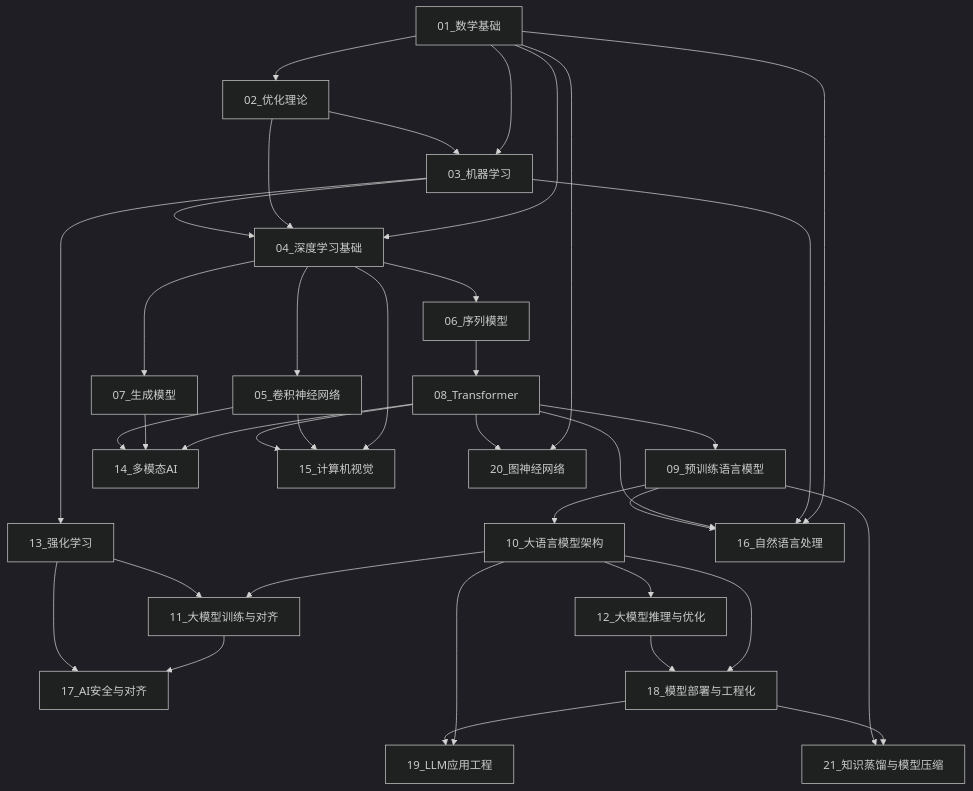
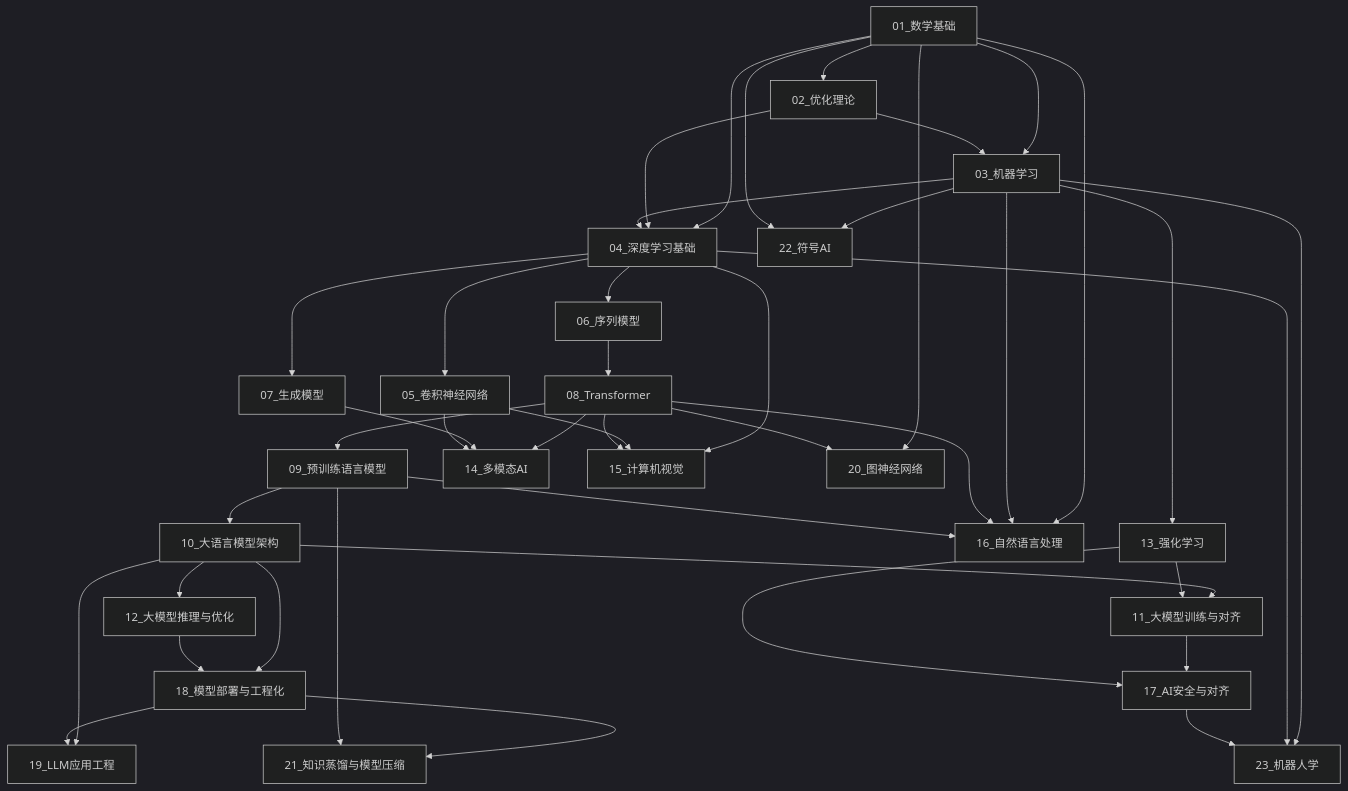
One commit to nzyaltair/AI_Study_Notes changed the diagram in 00_总览与导航/00_AI学习笔记总索引.md. Above: the diagram before and after it, drawn with Mermaid (dark theme). The commit also changed other lines of this file and 26 other files, not shown here.

````diff
--- a/00_总览与导航/00_AI学习笔记总索引.md
+++ b/00_总览与导航/00_AI学习笔记总索引.md
@@ -53,39 +65,44 @@
 ```mermaid
 graph TD
     MATH[01_数学基础] --> OPT[02_优化理论]
     MATH --> ML[03_机器学习]
     MATH --> DL[04_深度学习基础]
     OPT --> ML
     OPT --> DL
     ML --> DL
     DL --> CNN[05_卷积神经网络]
     DL --> SEQ[06_序列模型]
     DL --> GEN[07_生成模型]
     SEQ --> TRANS[08_Transformer]
     TRANS --> PLM[09_预训练语言模型]
     PLM --> LLM[10_大语言模型架构]
     LLM --> TRAIN[11_大模型训练与对齐]
     LLM --> INFER[12_大模型推理与优化]
     ML --> RL[13_强化学习]
     RL --> TRAIN
     TRANS --> MULTI[14_多模态AI]
     GEN --> MULTI
     CNN --> MULTI
     DL --> CV[15_计算机视觉]
     CNN --> CV
     TRANS --> CV
     MATH --> NLP[16_自然语言处理]
     ML --> NLP
     TRANS --> NLP
     PLM --> NLP
     TRAIN --> SAFE[17_AI安全与对齐]
     RL --> SAFE
     LLM --> DEPLOY[18_模型部署与工程化]
     INFER --> DEPLOY
     LLM --> APP[19_LLM应用工程]
     DEPLOY --> APP
     MATH --> GNN[20_图神经网络]
     TRANS --> GNN
     DEPLOY --> KD[21_知识蒸馏与模型压缩]
     PLM --> KD
+    ML --> SYM[22_符号AI]
+    MATH --> SYM
+    ML --> ROBO[23_机器人学]
+    DL --> ROBO
+    SAFE --> ROBO
 ```
````
